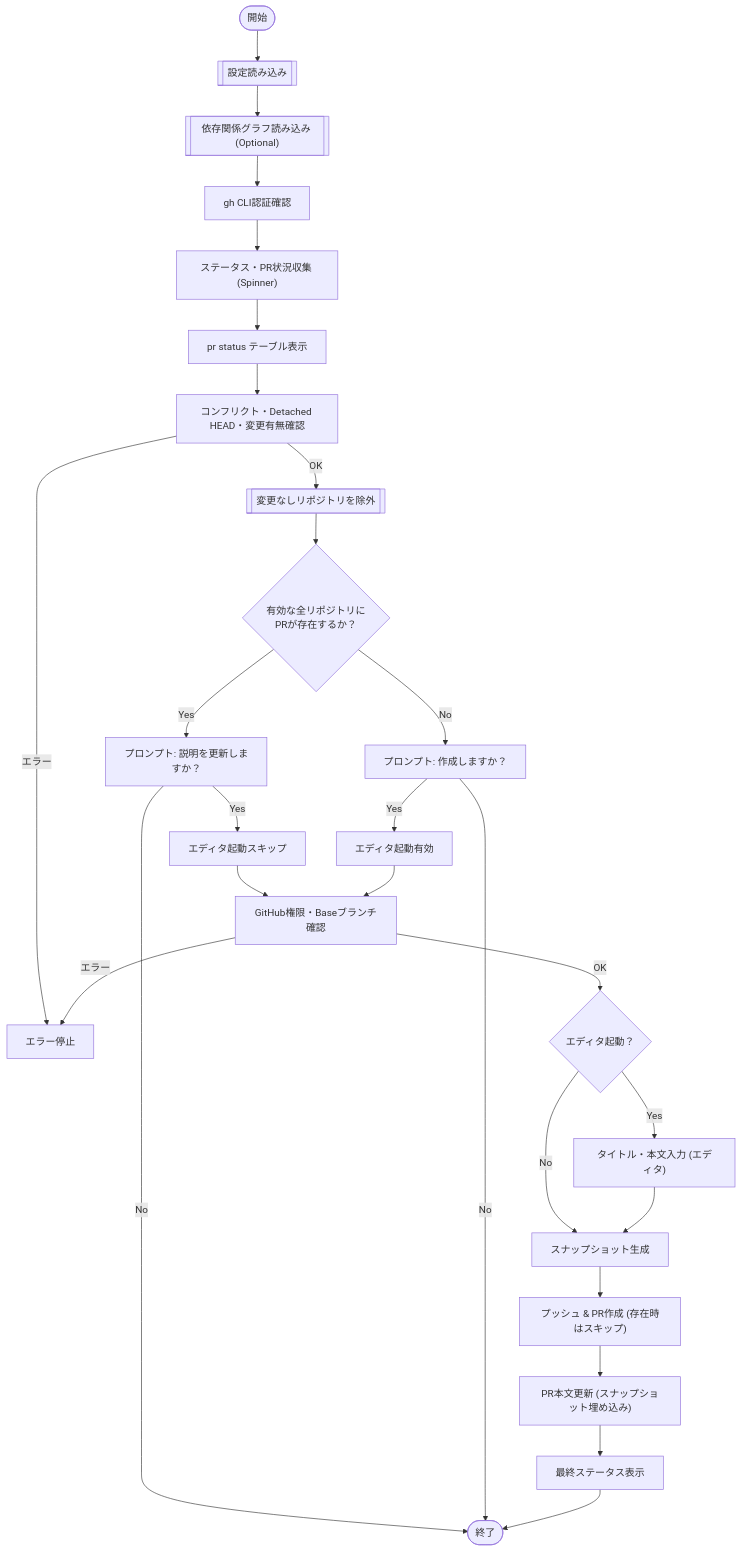
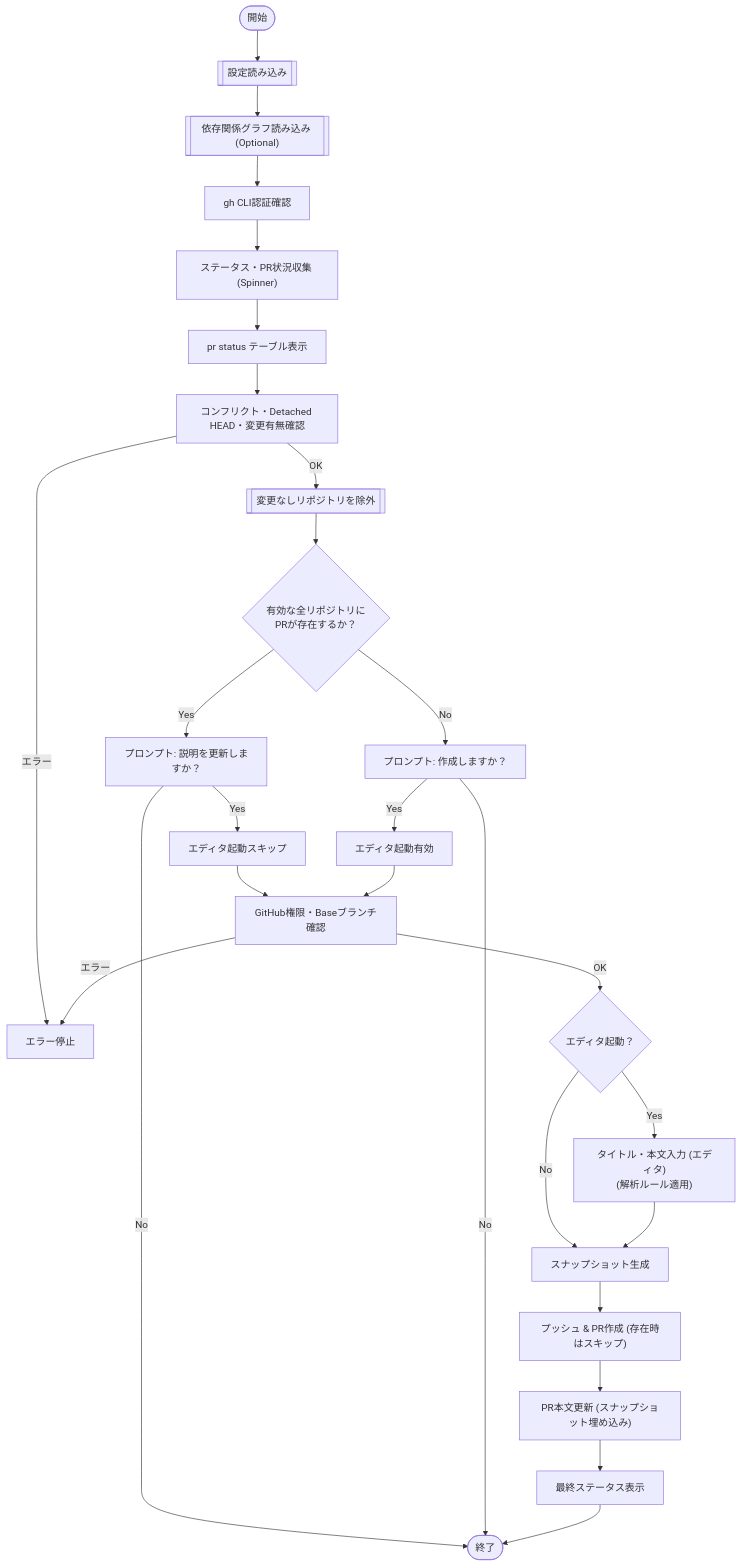
One commit to keiji/mistletoe changed the diagram in docs/internal/app/pr_create.md. Above: the diagram before and after it, drawn with Mermaid. The commit also changed other lines of this file and 1 other file, not shown here.

````diff
--- a/docs/internal/app/pr_create.md
+++ b/docs/internal/app/pr_create.md
@@ -28,34 +29,34 @@
 ```mermaid
 flowchart TD
     Start(["開始"]) --> LoadConfigSub[["設定読み込み"]]
     LoadConfigSub --> LoadDep[["依存関係グラフ読み込み (Optional)"]]
     LoadDep --> ValidateAuth["gh CLI認証確認"]
     ValidateAuth --> CollectStatus["ステータス・PR状況収集 (Spinner)"]
     CollectStatus --> RenderTable["pr status テーブル表示"]
     RenderTable --> CheckBlockers["コンフリクト・Detached HEAD・変更有無確認"]
     CheckBlockers -- "エラー" --> ErrorState["エラー停止"]
     CheckBlockers -- "OK" --> FilterRepos[["変更なしリポジトリを除外"]]
     FilterRepos --> CheckAllPRs{"有効な全リポジトリに\nPRが存在するか？"}
 
     CheckAllPRs -- "Yes" --> PromptYes["プロンプト: 説明を更新しますか？"]
     PromptYes -- "No" --> Stop(["終了"])
     PromptYes -- "Yes" --> SetSkipEditor["エディタ起動スキップ"]
 
     CheckAllPRs -- "No" --> PromptNo["プロンプト: 作成しますか？"]
     PromptNo -- "No" --> Stop
     PromptNo -- "Yes" --> SetNoSkip["エディタ起動有効"]
 
     SetSkipEditor --> VerifyBase["GitHub権限・Baseブランチ確認"]
     SetNoSkip --> VerifyBase
 
     VerifyBase -- "エラー" --> ErrorState
     VerifyBase -- "OK" --> CheckEditor{"エディタ起動？"}
-    CheckEditor -- "Yes" --> InputContent["タイトル・本文入力 (エディタ)"]
+    CheckEditor -- "Yes" --> InputContent["タイトル・本文入力 (エディタ)\n(解析ルール適用)"]
     CheckEditor -- "No" --> GenSnapshot["スナップショット生成"]
     InputContent --> GenSnapshot
 
     GenSnapshot --> PushAndCreate["プッシュ & PR作成 (存在時はスキップ)"]
     PushAndCreate --> UpdateDesc["PR本文更新 (スナップショット埋め込み)"]
     UpdateDesc --> ShowFinalStatus["最終ステータス表示"]
     ShowFinalStatus --> Stop
 ```
````
